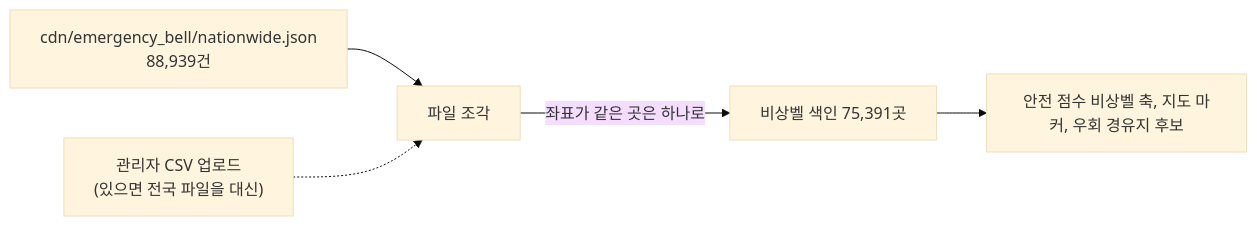
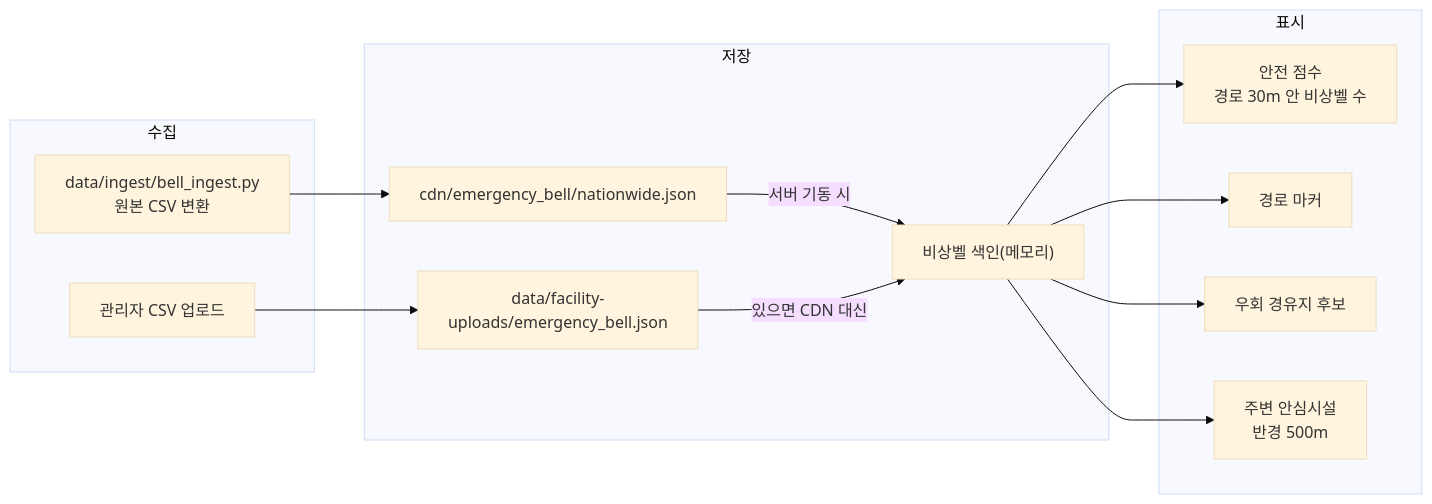
Before and after one commit to soo-ai-agent/bueongi-backend: the diagram in docs/safety-spots/emergency-bell.md, drawn with Mermaid (base theme). The commit also changed other lines of this file and 7 other files, not shown here.

First line of the commit message:
docs(backend): 안심시설 문서 8개를 실제 CSV 필드와 수집-저장-표시 흐름 중심으로 다시 씀

````diff
--- a/docs/safety-spots/emergency-bell.md
+++ b/docs/safety-spots/emergency-bell.md
@@ -14,7 +53,26 @@
 ```mermaid
 flowchart LR
-    NATION["cdn/emergency_bell/nationwide.json<br/>88,939건"] --> FILE["파일 조각"]
-    UP["관리자 CSV 업로드<br/>(있으면 전국 파일을 대신)"] -.-> FILE
-    FILE -->|"좌표가 같은 곳은 하나로"| IDX["비상벨 색인 75,391곳"]
-    IDX --> USE["안전 점수 비상벨 축, 지도 마커, 우회 경유지 후보"]
+    subgraph 수집
+        A1["data/ingest/bell_ingest.py<br/>원본 CSV 변환"]
+        A2["관리자 CSV 업로드"]
+    end
+    subgraph 저장
+        B1["cdn/emergency_bell/nationwide.json"]
+        B2["data/facility-uploads/emergency_bell.json"]
+        C["비상벨 색인(메모리)"]
+    end
+    subgraph 표시
+        E1["안전 점수<br/>경로 30m 안 비상벨 수"]
+        E2["경로 마커"]
+        E3["우회 경유지 후보"]
+        E4["주변 안심시설<br/>반경 500m"]
+    end
+    A1 --> B1
+    A2 --> B2
+    B1 -->|"서버 기동 시"| C
+    B2 -->|"있으면 CDN 대신"| C
+    C --> E1
+    C --> E2
+    C --> E3
+    C --> E4
 ```
````
